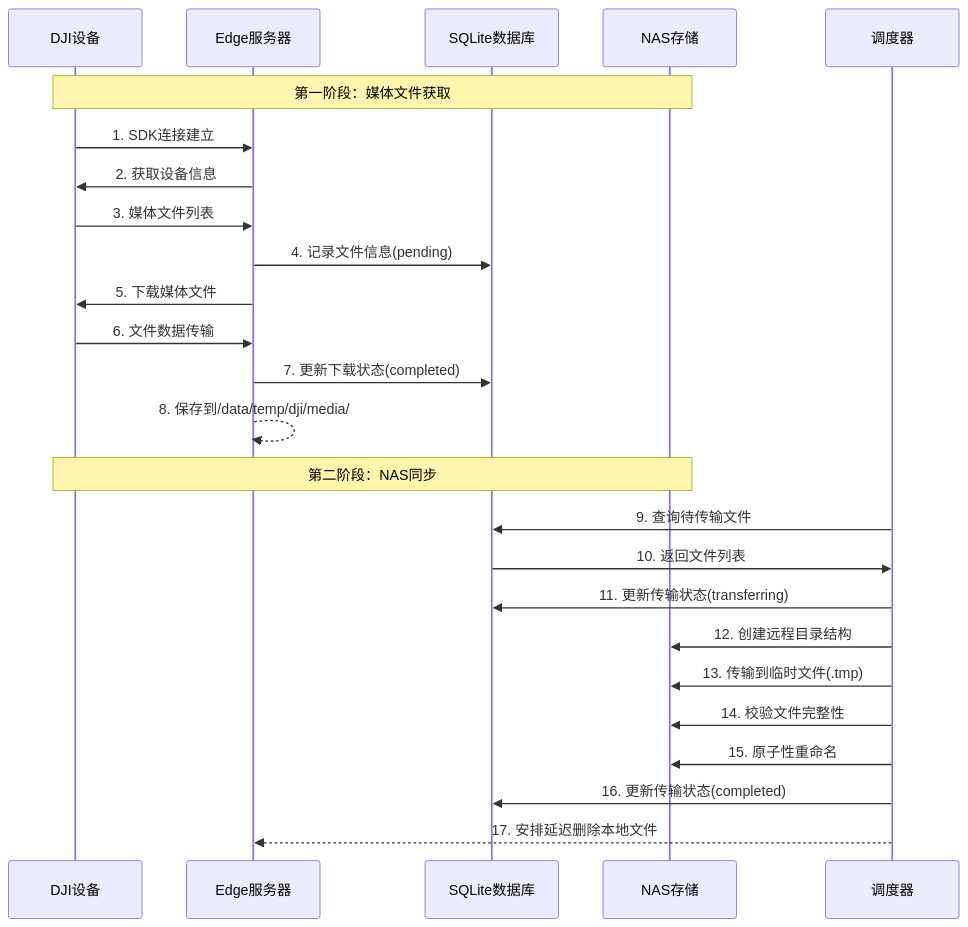
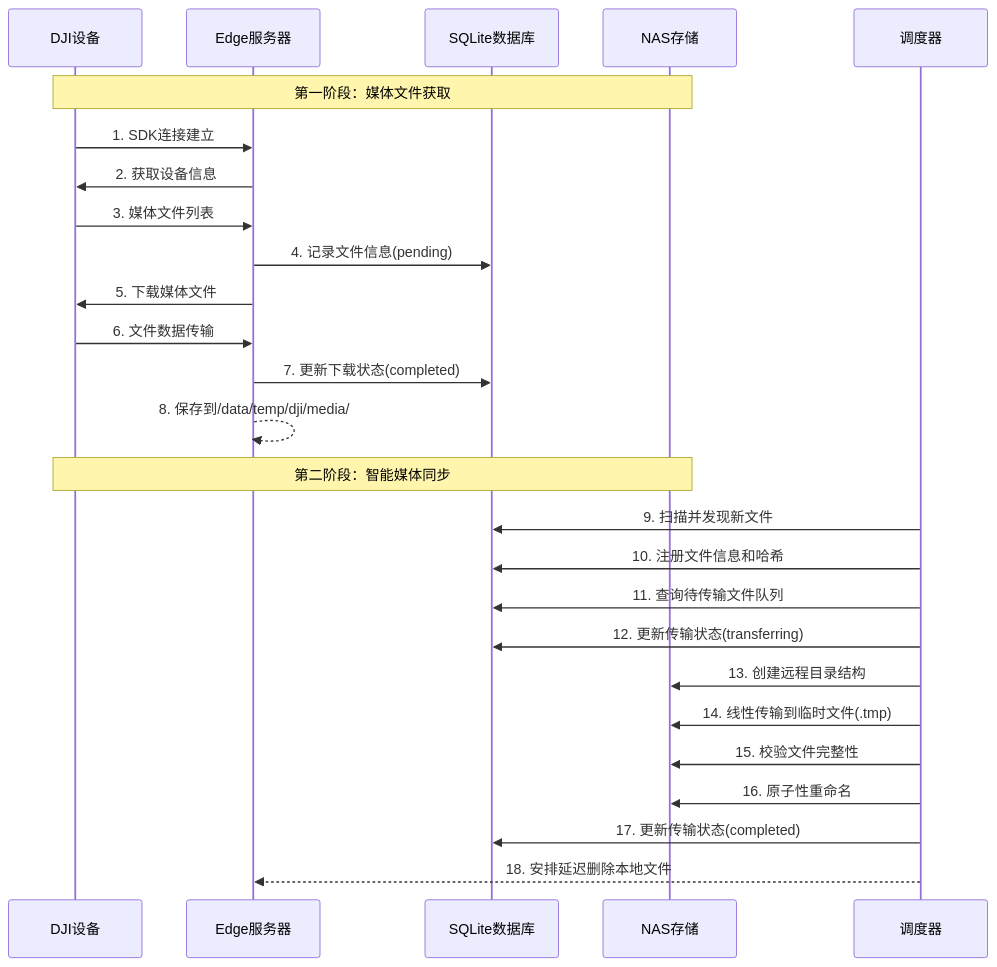
One commit to changjiang1124/cd-dji-sdk changed the diagram in commsdocs/how-it-works.md. Above: the diagram before and after it, drawn with Mermaid. The commit also changed other lines of this file and 40 other files, not shown here.

````diff
--- a/commsdocs/how-it-works.md
+++ b/commsdocs/how-it-works.md
@@ -65,29 +67,30 @@
 ```mermaid
 sequenceDiagram
     participant D as DJI设备
     participant E as Edge服务器
     participant DB as SQLite数据库
     participant N as NAS存储
     participant S as 调度器
 
     Note over D,N: 第一阶段：媒体文件获取
     D->>E: 1. SDK连接建立
     E->>D: 2. 获取设备信息
     D->>E: 3. 媒体文件列表
     E->>DB: 4. 记录文件信息(pending)
     E->>D: 5. 下载媒体文件
     D->>E: 6. 文件数据传输
     E->>DB: 7. 更新下载状态(completed)
     E-->>E: 8. 保存到/data/temp/dji/media/
 
-    Note over D,N: 第二阶段：NAS同步
-    S->>DB: 9. 查询待传输文件
-    DB->>S: 10. 返回文件列表
-    S->>DB: 11. 更新传输状态(transferring)
-    S->>N: 12. 创建远程目录结构
-    S->>N: 13. 传输到临时文件(.tmp)
-    S->>N: 14. 校验文件完整性
-    S->>N: 15. 原子性重命名
-    S->>DB: 16. 更新传输状态(completed)
-    S-->>E: 17. 安排延迟删除本地文件
+    Note over D,N: 第二阶段：智能媒体同步
+    S->>DB: 9. 扫描并发现新文件
+    S->>DB: 10. 注册文件信息和哈希
+    S->>DB: 11. 查询待传输文件队列
+    S->>DB: 12. 更新传输状态(transferring)
+    S->>N: 13. 创建远程目录结构
+    S->>N: 14. 线性传输到临时文件(.tmp)
+    S->>N: 15. 校验文件完整性
+    S->>N: 16. 原子性重命名
+    S->>DB: 17. 更新传输状态(completed)
+    S-->>E: 18. 安排延迟删除本地文件
 ```
````
